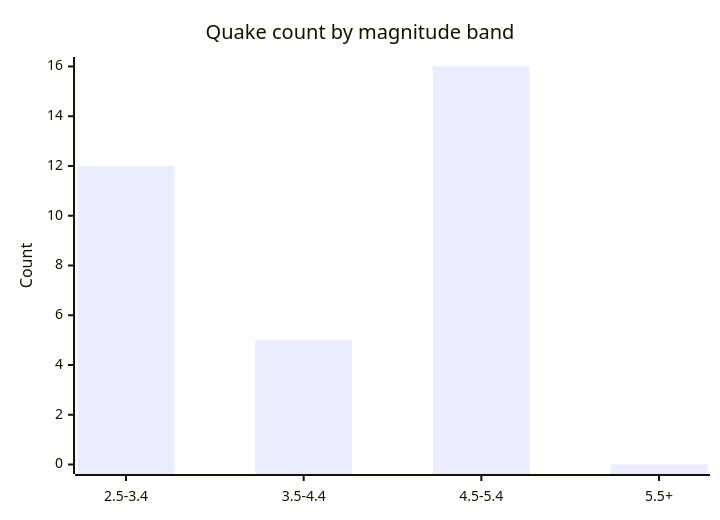
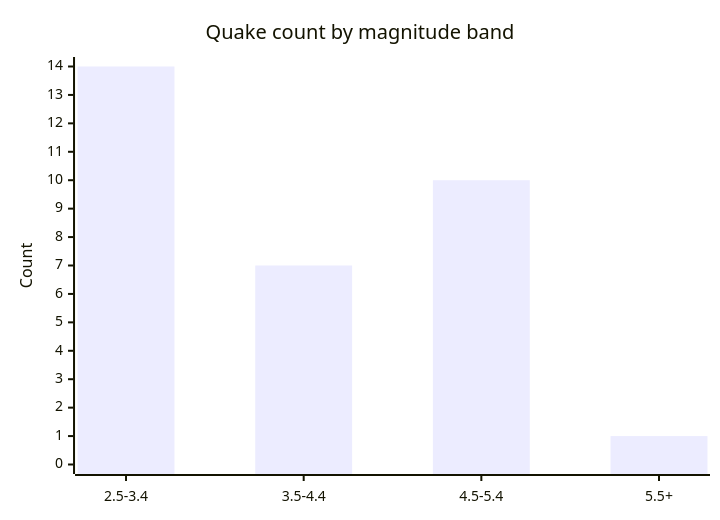
Before and after one commit to Midwest-Stratospheric/aerostratospheric-defense-gir: the fifth of 6 diagrams in docs/GRAPHS.md, drawn with Mermaid. The commit also changed other lines of this file and 23 other files, not shown here.

````diff
--- a/docs/GRAPHS.md
+++ b/docs/GRAPHS.md
@@ -82,7 +82,7 @@
 ```mermaid
 xychart-beta
   title "Quake count by magnitude band"
   x-axis ["2.5-3.4", "3.5-4.4", "4.5-5.4", "5.5+"]
-  y-axis "Count" 0 --> 16
-  bar [12, 5, 16, 0]
+  y-axis "Count" 0 --> 14
+  bar [14, 7, 10, 1]
 ```
````
